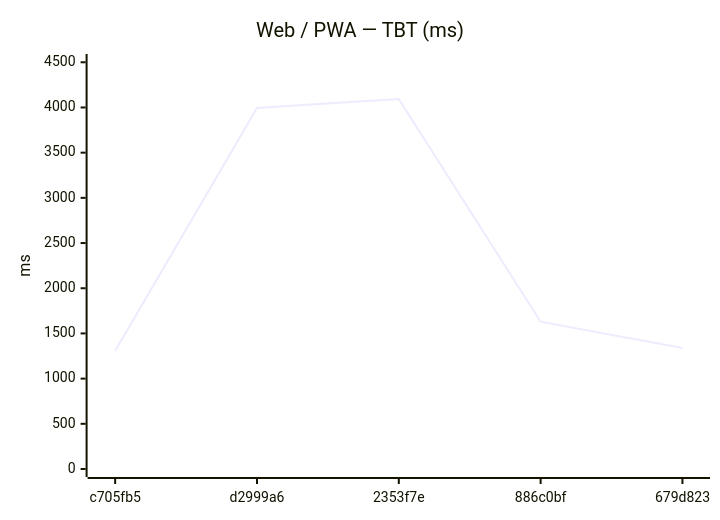
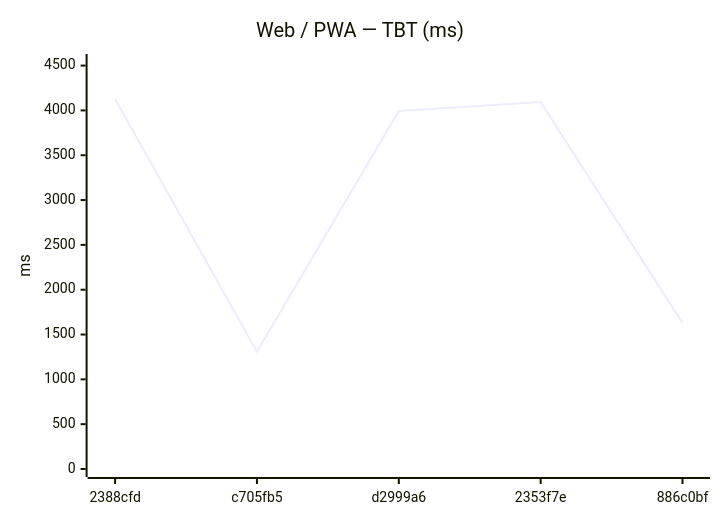
One commit to Metaheurist/Rianell changed the sixth of 12 diagrams in benchmarks/compare.md. Above: the diagram before and after it, drawn with Mermaid. The commit also changed other lines of this file and 8 other files, not shown here.

````diff
--- a/benchmarks/compare.md
+++ b/benchmarks/compare.md
@@ -89,7 +89,7 @@
 ```mermaid
 xychart-beta
     title "Web / PWA — TBT (ms)"
-    x-axis ["c705fb5", "d2999a6", "2353f7e", "886c0bf", "679d823"]
-    y-axis "ms" 0 --> 4503
-    line [1307, 3994, 4093, 1630, 1338]
+    x-axis ["2388cfd", "c705fb5", "d2999a6", "2353f7e", "886c0bf"]
+    y-axis "ms" 0 --> 4540
+    line [4127, 1307, 3994, 4093, 1630]
 ```
````
